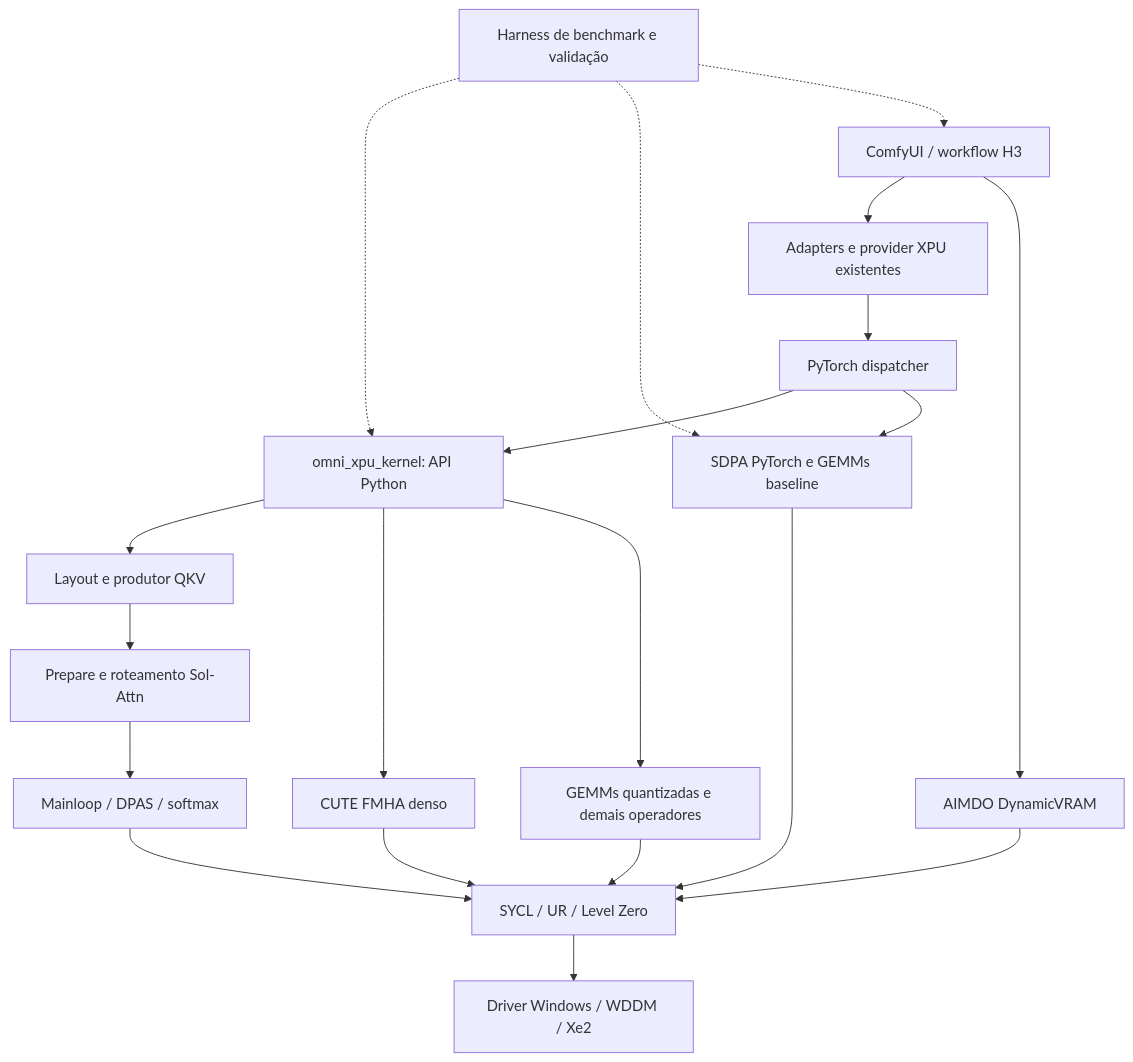
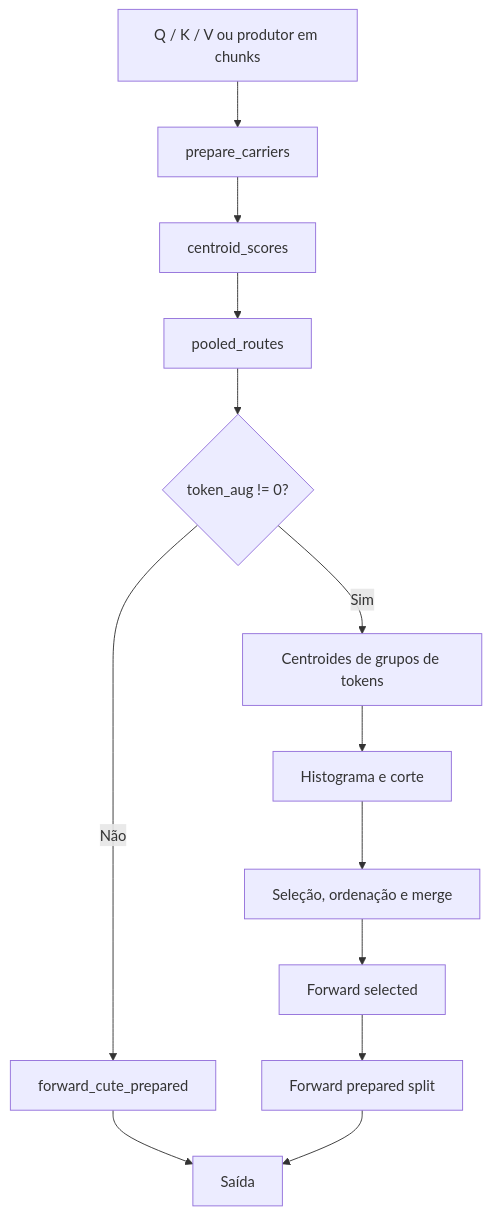
The second of 6 diagrams in PLAN_BMG_VIDEO_DIT_KERNEL_OPTIMIZATION.md (wildersa/llm-scaler), drawn with Mermaid before and after one commit. The commit also changed other lines of this file, not shown here.

Commit message:
docs: consolidate OmniXPU architecture and evidence-driven kernel optimization plan

````diff
--- a/PLAN_BMG_VIDEO_DIT_KERNEL_OPTIMIZATION.md
+++ b/PLAN_BMG_VIDEO_DIT_KERNEL_OPTIMIZATION.md
@@ -29,22 +244,18 @@
 ```mermaid
 flowchart TD
-    W[ComfyUI / workflow H3] --> A[Adapters e provider XPU existentes]
-    W --> M[AIMDO DynamicVRAM]
-    A --> D[PyTorch dispatcher]
-    D --> P[omni_xpu_kernel: API Python]
-    D --> O[SDPA PyTorch e GEMMs baseline]
-    P --> L[Layout e produtor QKV]
-    L --> R[Prepare e roteamento Sol-Attn]
-    R --> K[Mainloop / DPAS / softmax]
-    P --> C[CUTE FMHA denso]
-    P --> G[GEMMs quantizadas e demais operadores]
-    K --> S[SYCL / UR / Level Zero]
-    C --> S
-    G --> S
-    O --> S
-    M --> S
-    S --> B[Driver Windows / WDDM / Xe2]
-    H[Harness de benchmark e validação] -.-> P
-    H -.-> O
-    H -.-> W
+    Q[Q / K / V ou produtor em chunks]
+    P[prepare_carriers]
+    S[centroid_scores]
+    R[pooled_routes]
+    T{token_aug != 0?}
+    F[forward_cute_prepared]
+    A[Centroides de grupos de tokens]
+    H[Histograma e corte]
+    I[Seleção, ordenação e merge]
+    E[Forward selected]
+    M[Forward prepared split]
+    O[Saída]
+    Q --> P --> S --> R --> T
+    T -->|Não| F --> O
+    T -->|Sim| A --> H --> I --> E --> M --> O
 ```
````
